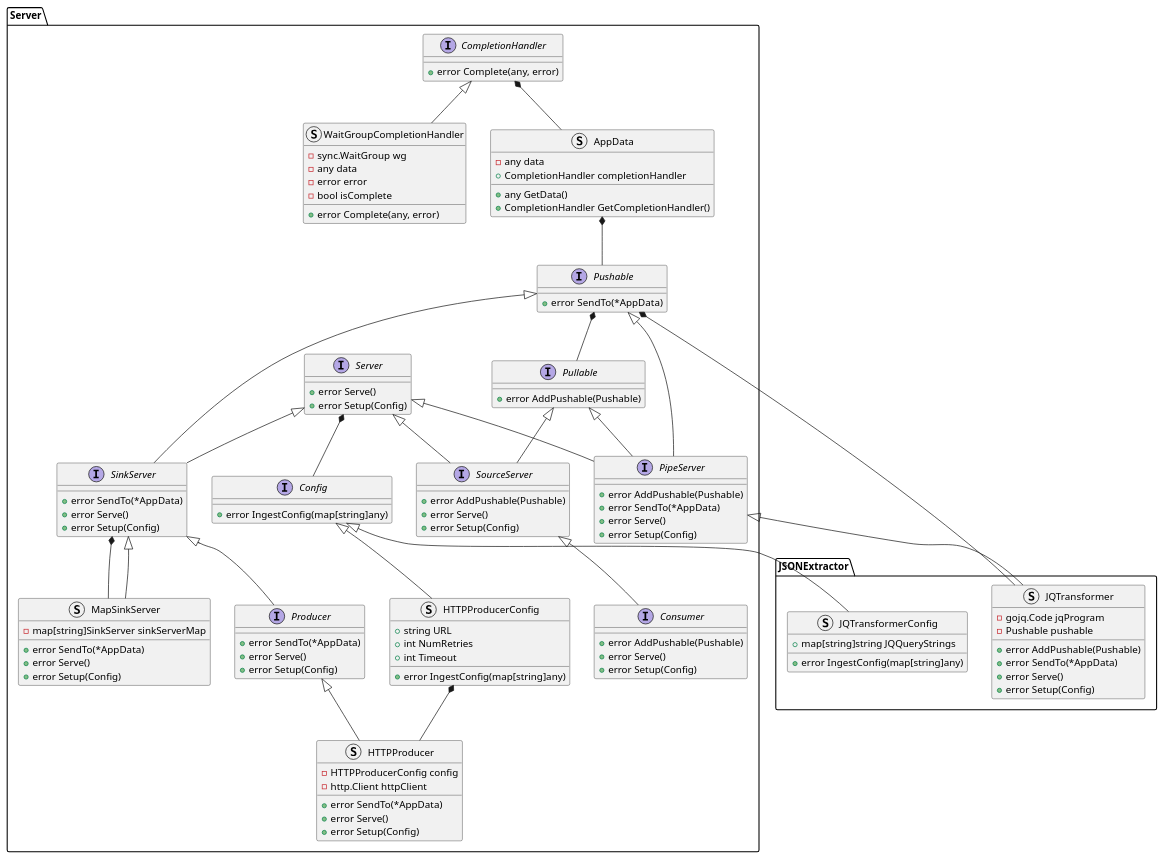
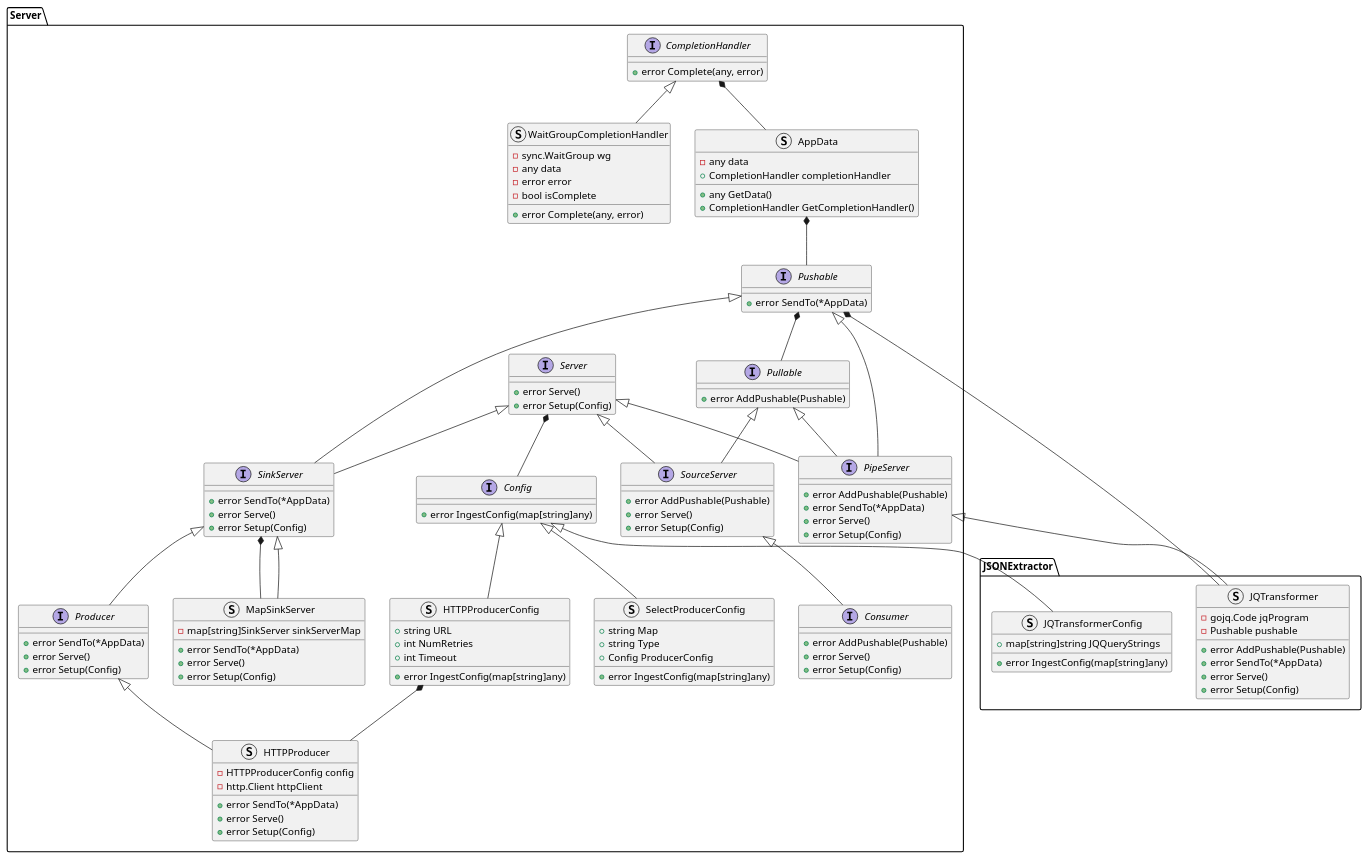
The diagram in docs/design_notes/DN1_JSON_Extractor/class_diagram.puml (xtuml/otel2pv), drawn with PlantUML before and after one commit. The commit also changed 3 other files, not shown here.

First line of the commit message:
Cdsopv 82 create config for select producer config (#41)

```diff
--- a/docs/design_notes/DN1_JSON_Extractor/class_diagram.puml
+++ b/docs/design_notes/DN1_JSON_Extractor/class_diagram.puml
@@ -1,118 +1,125 @@
 @startuml
 namespace JSONExtractor {
     struct JQTransformerConfig {
         +map[string]string JQQueryStrings
         +error IngestConfig(map[string]any)
     }
     struct JQTransformer {
         -gojq.Code jqProgram
         -Pushable pushable
         +error AddPushable(Pushable)
         +error SendTo(*AppData)
         +error Serve()
         +error Setup(Config)
     }
 }
 namespace Server {
     interface CompletionHandler {
         +error Complete(any, error)
     }
     struct WaitGroupCompletionHandler {
         -sync.WaitGroup wg
         -any data
         -error error
         -bool isComplete
         +error Complete(any, error)
     }
     struct AppData {
         -any data
         +CompletionHandler completionHandler
         +any GetData()
         +CompletionHandler GetCompletionHandler()
     }
     interface Server {
         +error Serve()
         +error Setup(Config)
     }
     interface Pullable {
         +error AddPushable(Pushable)
     }
     interface Pushable {
         +error SendTo(*AppData)
     }
     interface SourceServer {
         +error AddPushable(Pushable)
         +error Serve()
         +error Setup(Config)
     }
     interface SinkServer {
         +error SendTo(*AppData)
         +error Serve()
         +error Setup(Config)
     }
     interface PipeServer {
         +error AddPushable(Pushable)
         +error SendTo(*AppData)
         +error Serve()
         +error Setup(Config)
     }
     interface Producer {
         +error SendTo(*AppData)
         +error Serve()
         +error Setup(Config)
     }
     struct HTTPProducer {
         -HTTPProducerConfig config
         -http.Client httpClient
         +error SendTo(*AppData)
         +error Serve()
         +error Setup(Config)
     }
     interface Consumer {
         +error AddPushable(Pushable)
         +error Serve()
         +error Setup(Config)
     }
     struct MapSinkServer {
         -map[string]SinkServer sinkServerMap
         +error SendTo(*AppData)
         +error Serve()
         +error Setup(Config)
     }
     interface Config {
         +error IngestConfig(map[string]any)
     }
     struct HTTPProducerConfig {
         +string URL
         +int NumRetries
         +int Timeout
         +error IngestConfig(map[string]any)
     }
+    struct SelectProducerConfig {
+        +string Map
+        +string Type
+        +Config ProducerConfig
+        +error IngestConfig(map[string]any)
+    }
 }
 Server.CompletionHandler <|-- Server.WaitGroupCompletionHandler
 Server.CompletionHandler *-- Server.AppData
 Server.AppData *-- Server.Pushable
 Server.Server <|-- Server.SourceServer
 Server.Pushable *-- Server.Pullable
 Server.Pullable <|-- Server.SourceServer
 Server.Server <|-- Server.SinkServer
 Server.Pushable <|-- Server.SinkServer
 Server.Pushable <|-- Server.PipeServer
 Server.Pullable <|-- Server.PipeServer
 Server.Server <|-- Server.PipeServer
 
 Server.SinkServer <|-- Server.Producer
 Server.SinkServer *-- Server.MapSinkServer
 Server.SinkServer <|-- Server.MapSinkServer
 Server.SourceServer <|-- Server.Consumer
 
 Server.PipeServer <|-- JSONExtractor.JQTransformer
 Server.Pushable *-- JSONExtractor.JQTransformer
 
 
 Server.Server *-- Server.Config
 Server.Config <|-- JSONExtractor.JQTransformerConfig
 Server.Config <|-- Server.HTTPProducerConfig
+Server.Config <|-- Server.SelectProducerConfig
 Server.Producer <|-- Server.HTTPProducer
 Server.HTTPProducerConfig *-- Server.HTTPProducer
 @enduml
```
